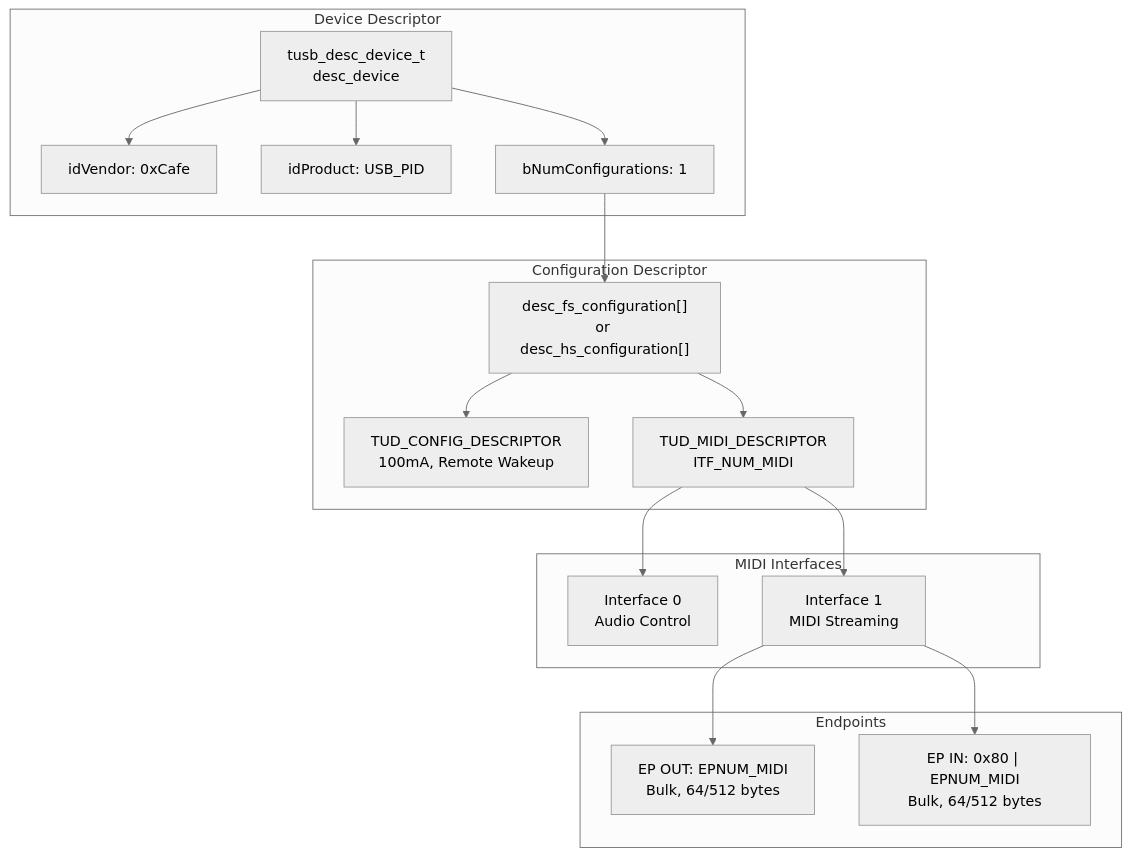
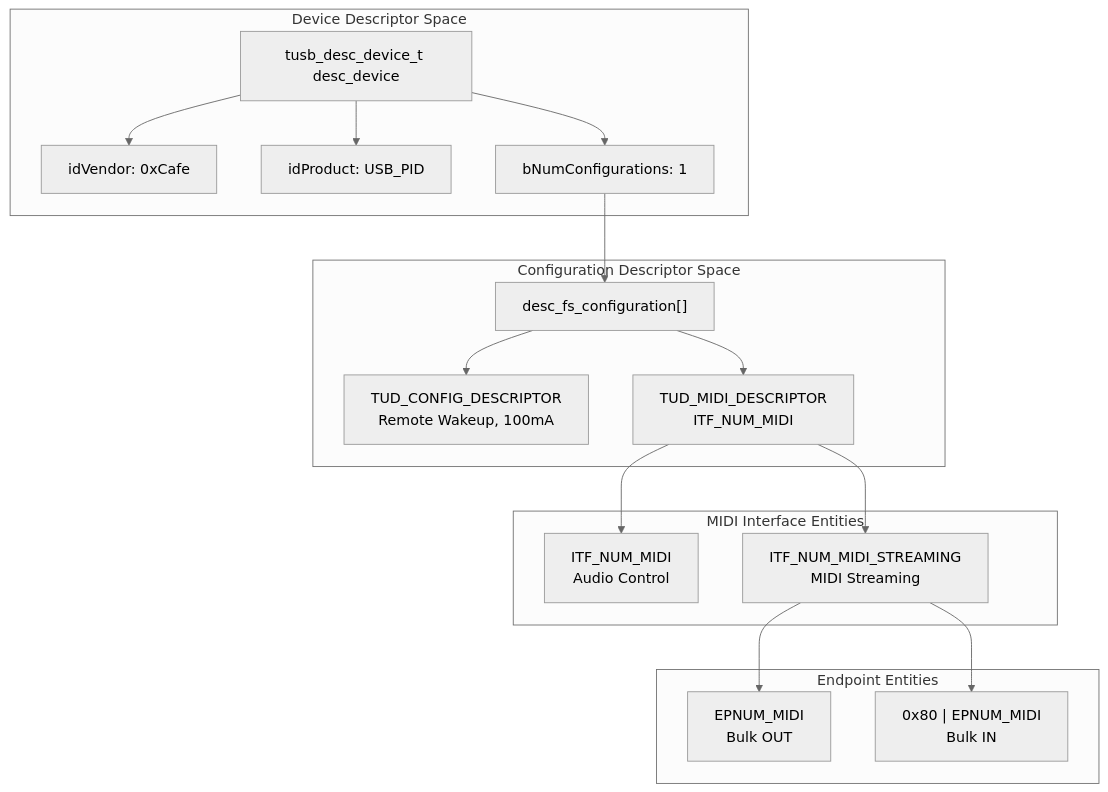
Before and after one commit to Jus-Be/orinayo-pico: the second of 4 diagrams in wiki/6.2-usb-midi-configuration.md, drawn with Mermaid (neutral theme). The commit also changed other lines of this file and 42 other files, not shown here.

````diff
--- a/wiki/6.2-usb-midi-configuration.md
+++ b/wiki/6.2-usb-midi-configuration.md
@@ -225,49 +215,49 @@
 ```mermaid
 flowchart TD
 
-DEV["tusb_desc_device_t<br>desc_device"]
+DEV["tusb_desc_device_t desc_device"]
 DEV_VID["idVendor: 0xCafe"]
 DEV_PID["idProduct: USB_PID"]
 DEV_CONFIGS["bNumConfigurations: 1"]
-CONFIG["desc_fs_configuration[]<br>or desc_hs_configuration[]"]
-CONFIG_HDR["TUD_CONFIG_DESCRIPTOR<br>100mA, Remote Wakeup"]
+CONFIG["desc_fs_configuration[]"]
+CONFIG_HDR["TUD_CONFIG_DESCRIPTOR<br>Remote Wakeup, 100mA"]
 MIDI_DESC["TUD_MIDI_DESCRIPTOR<br>ITF_NUM_MIDI"]
-ITF0["Interface 0<br>Audio Control"]
-ITF1["Interface 1<br>MIDI Streaming"]
-EP_OUT["EP OUT: EPNUM_MIDI<br>Bulk, 64/512 bytes"]
-EP_IN["EP IN: 0x80 | EPNUM_MIDI<br>Bulk, 64/512 bytes"]
+ITF0["ITF_NUM_MIDI<br>Audio Control"]
+ITF1["ITF_NUM_MIDI_STREAMING<br>MIDI Streaming"]
+EP_OUT["EPNUM_MIDI<br>Bulk OUT"]
+EP_IN["0x80 | EPNUM_MIDI<br>Bulk IN"]
 
 DEV_CONFIGS --> CONFIG
 MIDI_DESC --> ITF0
 MIDI_DESC --> ITF1
 ITF1 --> EP_OUT
 ITF1 --> EP_IN
 
-subgraph Endpoints ["Endpoints"]
+subgraph subGraph3 ["Endpoint Entities"]
     EP_OUT
     EP_IN
 end
 
-subgraph subGraph2 ["MIDI Interfaces"]
+subgraph subGraph2 ["MIDI Interface Entities"]
     ITF0
     ITF1
 end
 
-subgraph subGraph1 ["Configuration Descriptor"]
+subgraph subGraph1 ["Configuration Descriptor Space"]
     CONFIG
     CONFIG_HDR
     MIDI_DESC
     CONFIG --> CONFIG_HDR
     CONFIG --> MIDI_DESC
 end
 
-subgraph subGraph0 ["Device Descriptor"]
+subgraph subGraph0 ["Device Descriptor Space"]
     DEV
     DEV_VID
     DEV_PID
     DEV_CONFIGS
     DEV --> DEV_VID
     DEV --> DEV_PID
     DEV --> DEV_CONFIGS
 end
 ```
````
